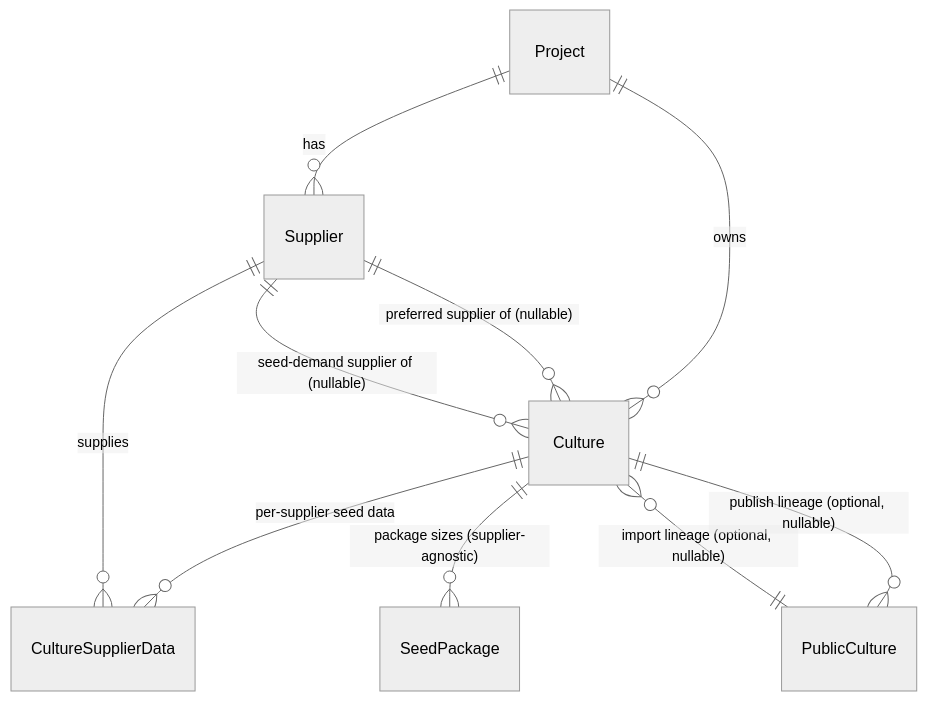
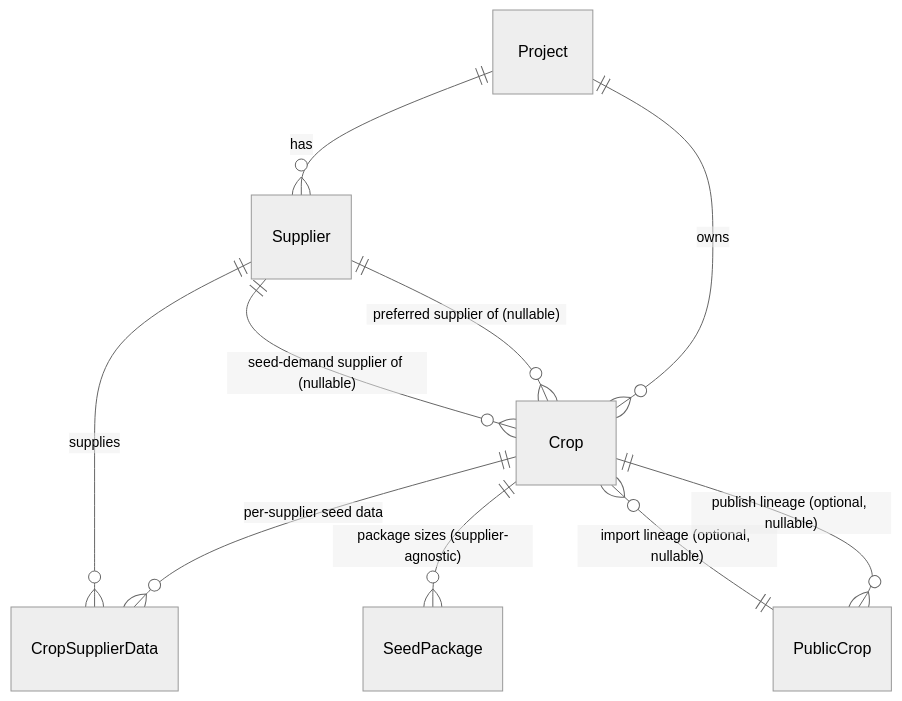
Before and after one commit to OpenFarmPlanner/OpenFarmPlanner: the third of 6 diagrams in docs/data-model.md, drawn with Mermaid (neutral theme). The commit also changed other lines of this file and 170 other files, not shown here.

First line of the commit message:
refactor: rename backend domain concept Culture to Crop

````diff
--- a/docs/data-model.md
+++ b/docs/data-model.md
@@ -113,12 +113,12 @@
 ```mermaid
 erDiagram
-    Project ||--o{ Culture : owns
+    Project ||--o{ Crop : owns
     Project ||--o{ Supplier : has
-    Culture ||--o{ CultureSupplierData : "per-supplier seed data"
-    Supplier ||--o{ CultureSupplierData : supplies
-    Culture ||--o{ SeedPackage : "package sizes (supplier-agnostic)"
-    Supplier ||--o{ Culture : "preferred supplier of (nullable)"
-    Supplier ||--o{ Culture : "seed-demand supplier of (nullable)"
-    PublicCulture ||--o{ Culture : "import lineage (optional, nullable)"
-    Culture ||--o{ PublicCulture : "publish lineage (optional, nullable)"
+    Crop ||--o{ CropSupplierData : "per-supplier seed data"
+    Supplier ||--o{ CropSupplierData : supplies
+    Crop ||--o{ SeedPackage : "package sizes (supplier-agnostic)"
+    Supplier ||--o{ Crop : "preferred supplier of (nullable)"
+    Supplier ||--o{ Crop : "seed-demand supplier of (nullable)"
+    PublicCrop ||--o{ Crop : "import lineage (optional, nullable)"
+    Crop ||--o{ PublicCrop : "publish lineage (optional, nullable)"
 ```
````
